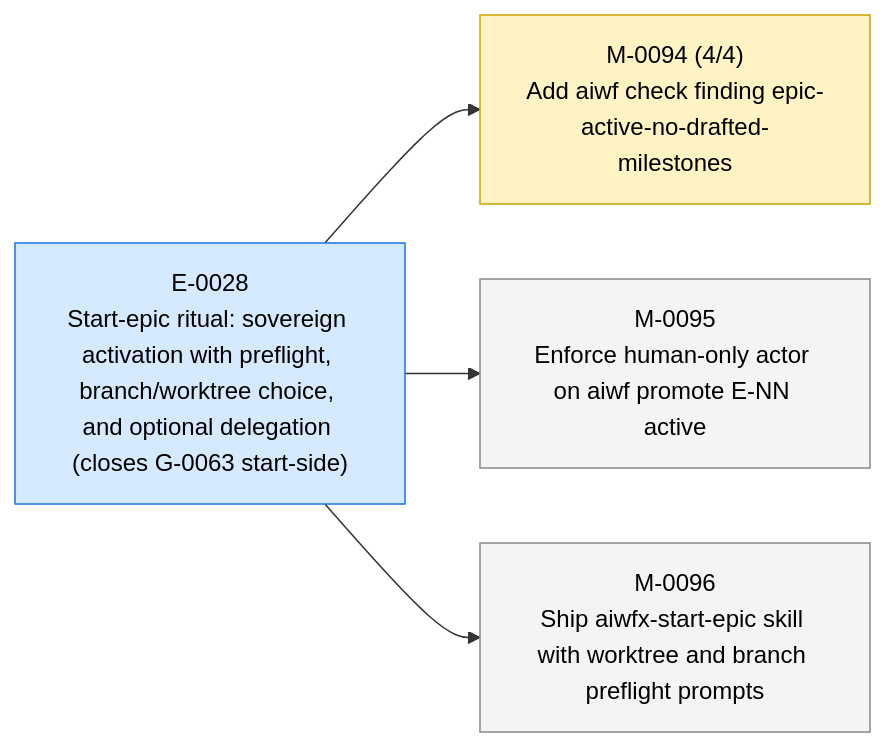
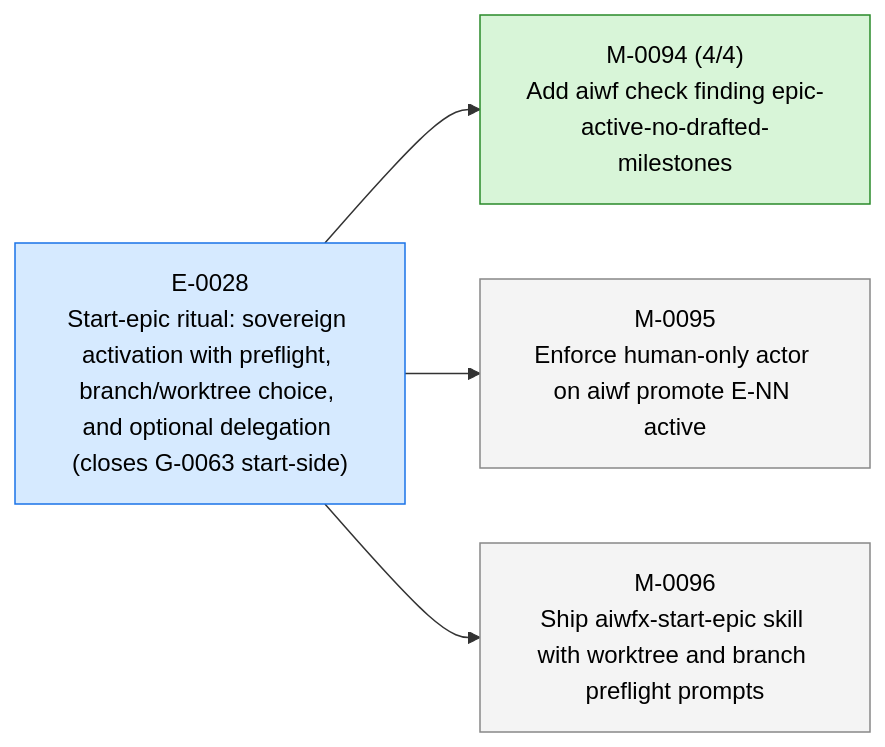
The first of 3 diagrams in STATUS.md (23min/aiwf), drawn with Mermaid before and after one commit. The commit also changed other lines of this file and 1 other file, not shown here.

First line of the commit message:
aiwf promote M-0094 in_progress -> done

````diff
--- a/STATUS.md
+++ b/STATUS.md
@@ -13,16 +15,16 @@
 ```mermaid
 flowchart LR
   E_0028["E-0028<br/>Start-epic ritual: sovereign activation with preflight, branch/worktree choice, and optional delegation (closes G-0063 start-side)"]:::epic_active
-  M_0094["M-0094 (4/4)<br/>Add aiwf check finding epic-active-no-drafted-milestones"]:::ms_in_progress
+  M_0094["M-0094 (4/4)<br/>Add aiwf check finding epic-active-no-drafted-milestones"]:::ms_done
   E_0028 --> M_0094
   M_0095["M-0095<br/>Enforce human-only actor on aiwf promote E-NN active"]:::ms_draft
   E_0028 --> M_0095
   M_0096["M-0096<br/>Ship aiwfx-start-epic skill with worktree and branch preflight prompts"]:::ms_draft
   E_0028 --> M_0096
   classDef epic_active fill:#d6eaff,stroke:#1a73e8,color:#000
   classDef epic_proposed fill:#f4f4f4,stroke:#888,color:#000
   classDef ms_done fill:#d8f5d8,stroke:#2a8a2a,color:#000
   classDef ms_in_progress fill:#fff3c4,stroke:#caa400,color:#000
   classDef ms_draft fill:#f4f4f4,stroke:#888,color:#000
   classDef ms_cancelled fill:#fbeaea,stroke:#c33,color:#000
 ```
````
